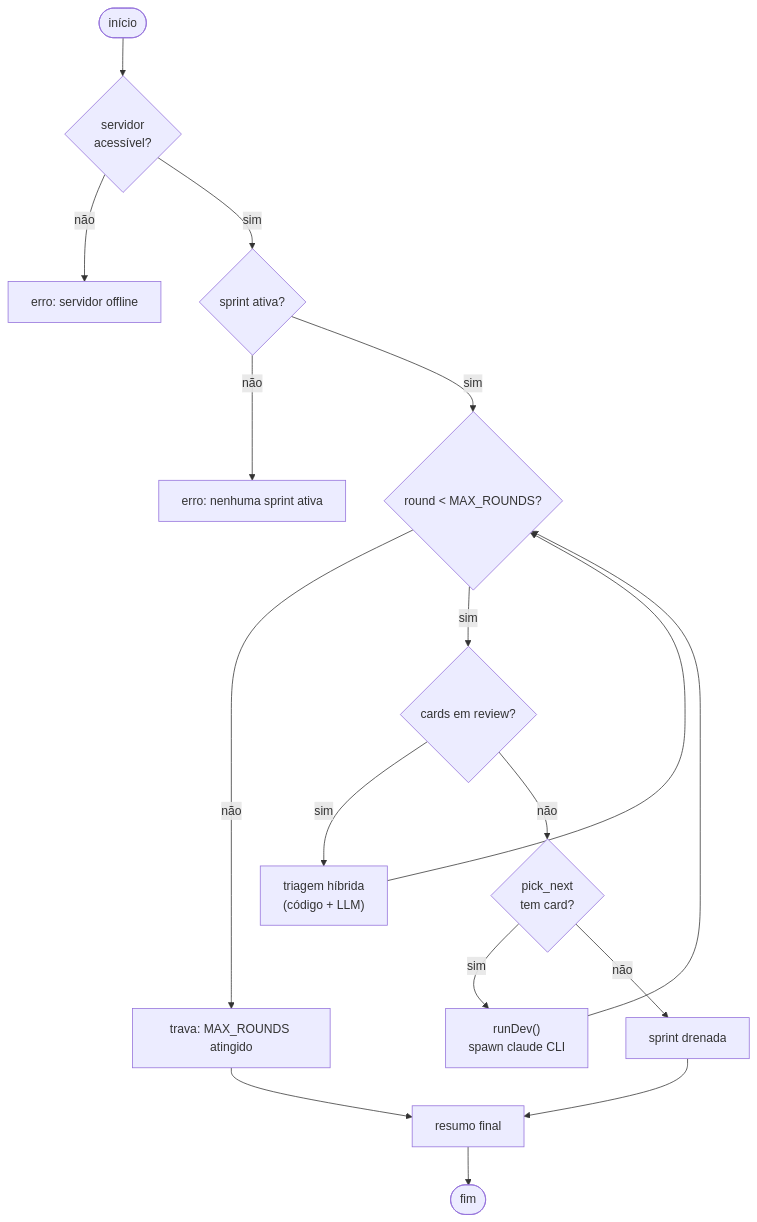
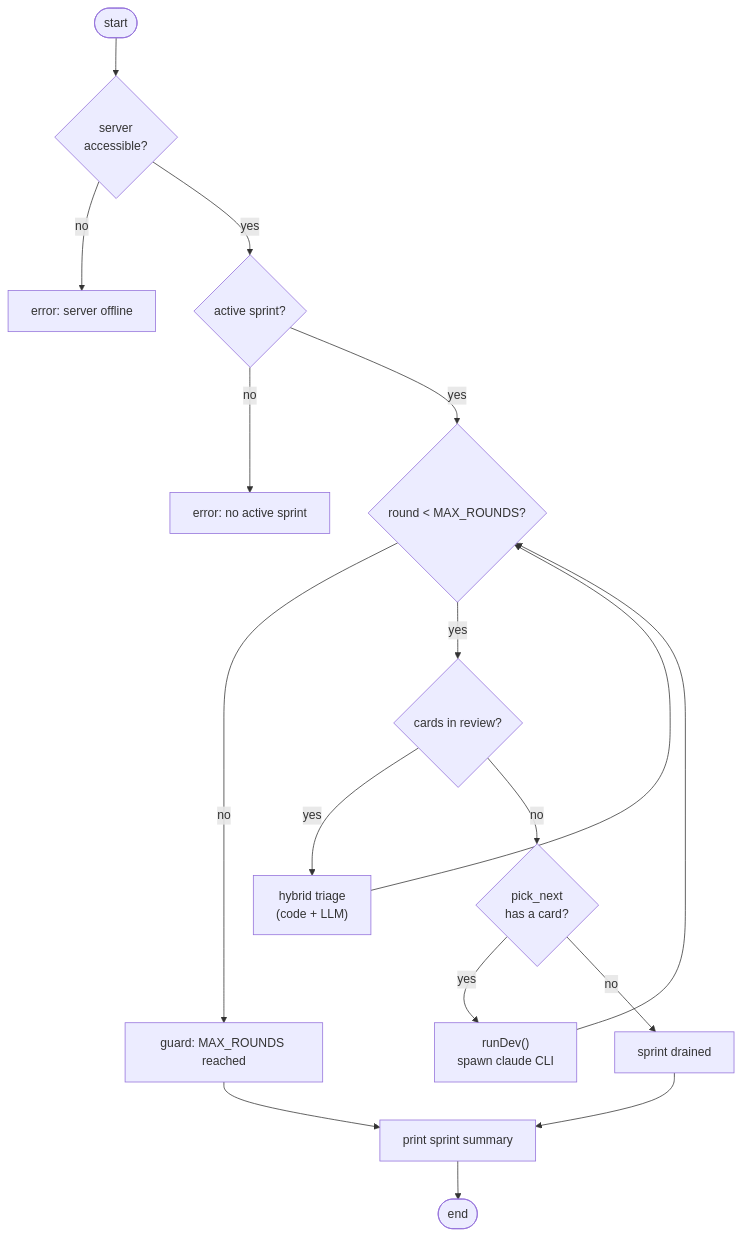
Before and after one commit to kauelopes/obsidianban: the fourth of 6 diagrams in README.md, drawn with Mermaid. The commit also changed other lines of this file, not shown here.

Commit message:
docs: translate README to English and simplify sprint sequence diagram

````diff
--- a/README.md
+++ b/README.md
@@ -163,23 +163,23 @@
 ```mermaid
 flowchart TD
-    START(["início"]) --> HEALTH{"servidor\nacessível?"}
-    HEALTH -->|não| FAIL["erro: servidor offline"]
-    HEALTH -->|sim| SPRINT{"sprint ativa?"}
-    SPRINT -->|não| FAIL2["erro: nenhuma sprint ativa"]
-    SPRINT -->|sim| ROUND{"round < MAX_ROUNDS?"}
+    START(["start"]) --> HEALTH{"server\naccessible?"}
+    HEALTH -->|no| FAIL["error: server offline"]
+    HEALTH -->|yes| SPRINT{"active sprint?"}
+    SPRINT -->|no| FAIL2["error: no active sprint"]
+    SPRINT -->|yes| ROUND{"round < MAX_ROUNDS?"}
 
-    ROUND -->|não| STOP["trava: MAX_ROUNDS atingido"]
-    ROUND -->|sim| REVIEW{"cards em review?"}
+    ROUND -->|no| STOP["guard: MAX_ROUNDS reached"]
+    ROUND -->|yes| REVIEW{"cards in review?"}
 
-    REVIEW -->|sim| TRIAGE["triagem híbrida\n(código + LLM)"]
+    REVIEW -->|yes| TRIAGE["hybrid triage\n(code + LLM)"]
     TRIAGE --> ROUND
 
-    REVIEW -->|não| READY{"pick_next\ntem card?"}
-    READY -->|sim| DEV["runDev()\nspawn claude CLI"]
+    REVIEW -->|no| READY{"pick_next\nhas a card?"}
+    READY -->|yes| DEV["runDev()\nspawn claude CLI"]
     DEV --> ROUND
-    READY -->|não| DONE["sprint drenada"]
+    READY -->|no| DONE["sprint drained"]
 
-    STOP --> SUMMARY["resumo final"]
+    STOP --> SUMMARY["print sprint summary"]
     DONE --> SUMMARY
-    SUMMARY --> END(["fim"])
+    SUMMARY --> END(["end"])
 ```
````
